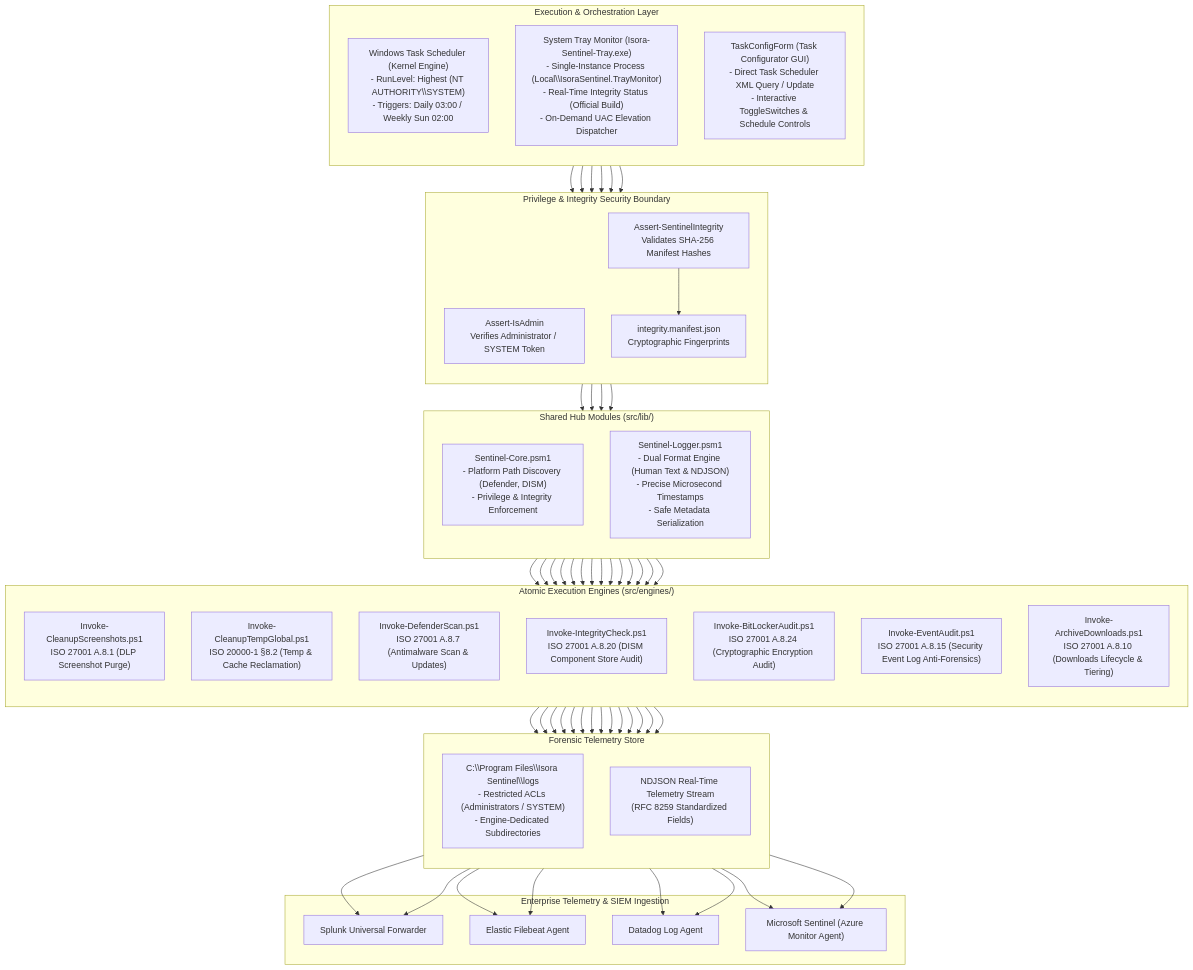
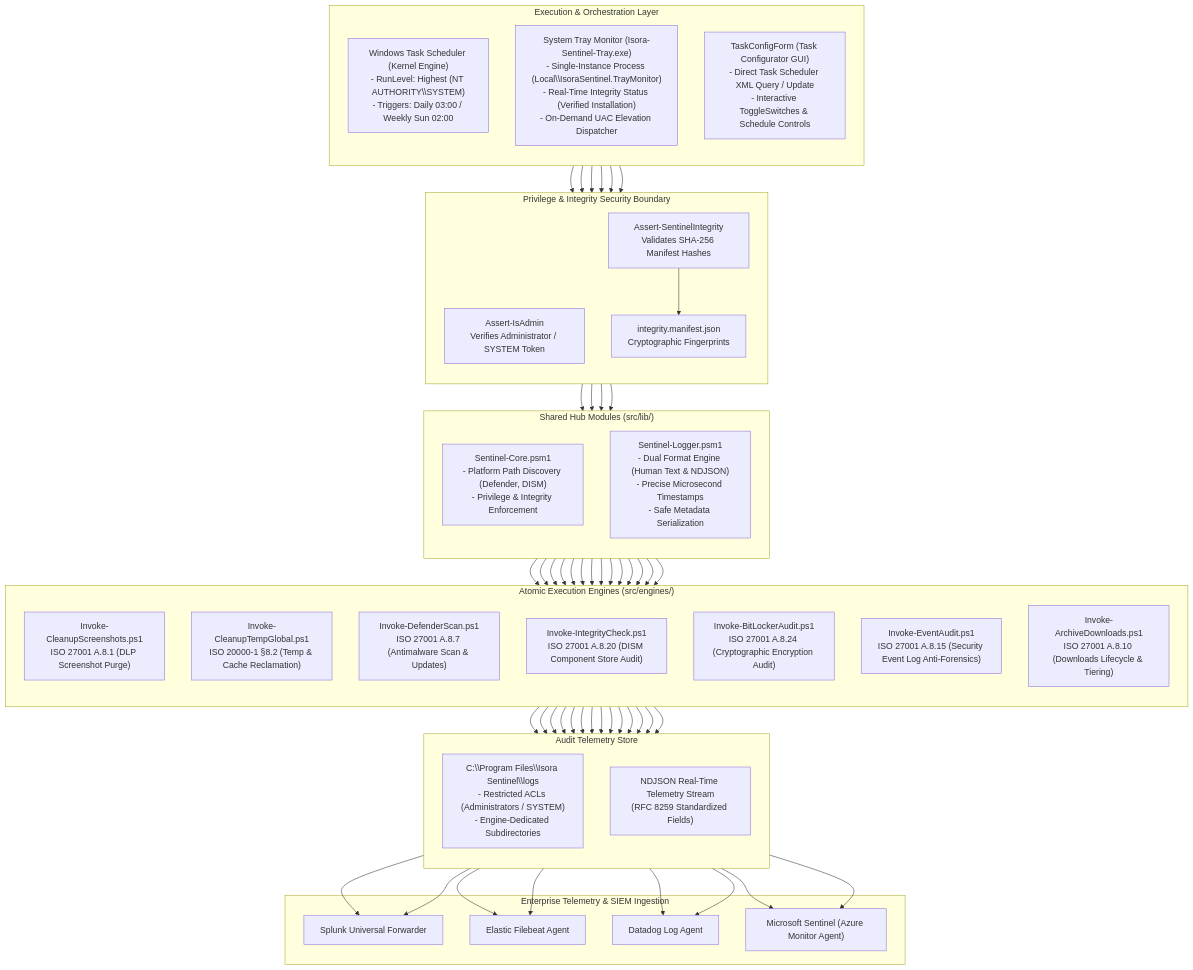
One commit to isora-cloud-group/Isora-Sentinel changed the first of 5 diagrams in docs/ARCHITECTURE.md. Above: the diagram before and after it, drawn with Mermaid. The commit also changed other lines of this file and 41 other files, not shown here.

````diff
--- a/docs/ARCHITECTURE.md
+++ b/docs/ARCHITECTURE.md
@@ -25,53 +25,53 @@
 ```mermaid
 flowchart TD
     subgraph Schedulers["Execution & Orchestration Layer"]
         direction TB
         TaskSched["Windows Task Scheduler (Kernel Engine)\n- RunLevel: Highest (NT AUTHORITY\\SYSTEM)\n- Triggers: Daily 03:00 / Weekly Sun 02:00"]
-        Tray["System Tray Monitor (Isora-Sentinel-Tray.exe)\n- Single-Instance Process (Local\\IsoraSentinel.TrayMonitor)\n- Real-Time Integrity Status (Official Build)\n- On-Demand UAC Elevation Dispatcher"]
+        Tray["System Tray Monitor (Isora-Sentinel-Tray.exe)\n- Single-Instance Process (Local\\IsoraSentinel.TrayMonitor)\n- Real-Time Integrity Status (Verified Installation)\n- On-Demand UAC Elevation Dispatcher"]
         ConfigForm["TaskConfigForm (Task Configurator GUI)\n- Direct Task Scheduler XML Query / Update\n- Interactive ToggleSwitches & Schedule Controls"]
     end
 
     subgraph SecurityBoundary["Privilege & Integrity Security Boundary"]
         direction TB
         AssertAdmin["Assert-IsAdmin\nVerifies Administrator / SYSTEM Token"]
         AssertIntegrity["Assert-SentinelIntegrity\nValidates SHA-256 Manifest Hashes"]
         Manifest["integrity.manifest.json\nCryptographic Fingerprints"]
     end
 
     subgraph CentralHub["Shared Hub Modules (src/lib/)"]
         direction TB
         Core["Sentinel-Core.psm1\n- Platform Path Discovery (Defender, DISM)\n- Privilege & Integrity Enforcement"]
         Logger["Sentinel-Logger.psm1\n- Dual Format Engine (Human Text & NDJSON)\n- Precise Microsecond Timestamps\n- Safe Metadata Serialization"]
     end
 
     subgraph ExecutionSpokes["Atomic Execution Engines (src/engines/)"]
         direction TB
         E1["Invoke-CleanupScreenshots.ps1\nISO 27001 A.8.1 (DLP Screenshot Purge)"]
         E2["Invoke-CleanupTempGlobal.ps1\nISO 20000-1 §8.2 (Temp & Cache Reclamation)"]
         E3["Invoke-DefenderScan.ps1\nISO 27001 A.8.7 (Antimalware Scan & Updates)"]
         E4["Invoke-IntegrityCheck.ps1\nISO 27001 A.8.20 (DISM Component Store Audit)"]
         E5["Invoke-BitLockerAudit.ps1\nISO 27001 A.8.24 (Cryptographic Encryption Audit)"]
         E6["Invoke-EventAudit.ps1\nISO 27001 A.8.15 (Security Event Log Anti-Forensics)"]
         E7["Invoke-ArchiveDownloads.ps1\nISO 27001 A.8.10 (Downloads Lifecycle & Tiering)"]
     end
 
-    subgraph LocalStorage["Forensic Telemetry Store"]
+    subgraph LocalStorage["Audit Telemetry Store"]
         direction TB
         LogsDir["C:\\Program Files\\Isora Sentinel\\logs\n- Restricted ACLs (Administrators / SYSTEM)\n- Engine-Dedicated Subdirectories"]
         NDJSONStream["NDJSON Real-Time Telemetry Stream\n(RFC 8259 Standardized Fields)"]
     end
 
     subgraph SIEMLayer["Enterprise Telemetry & SIEM Ingestion"]
         Splunk["Splunk Universal Forwarder"]
         Elastic["Elastic Filebeat Agent"]
         Datadog["Datadog Log Agent"]
         Sentinel["Microsoft Sentinel (Azure Monitor Agent)"]
     end
 
     TaskSched & Tray & ConfigForm --> AssertAdmin & AssertIntegrity
     AssertIntegrity --> Manifest
     AssertAdmin & AssertIntegrity --> Core & Logger
     Core & Logger --> E1 & E2 & E3 & E4 & E5 & E6 & E7
     E1 & E2 & E3 & E4 & E5 & E6 & E7 --> LogsDir & NDJSONStream
     LogsDir & NDJSONStream --> Splunk & Elastic & Datadog & Sentinel
 ```
````
